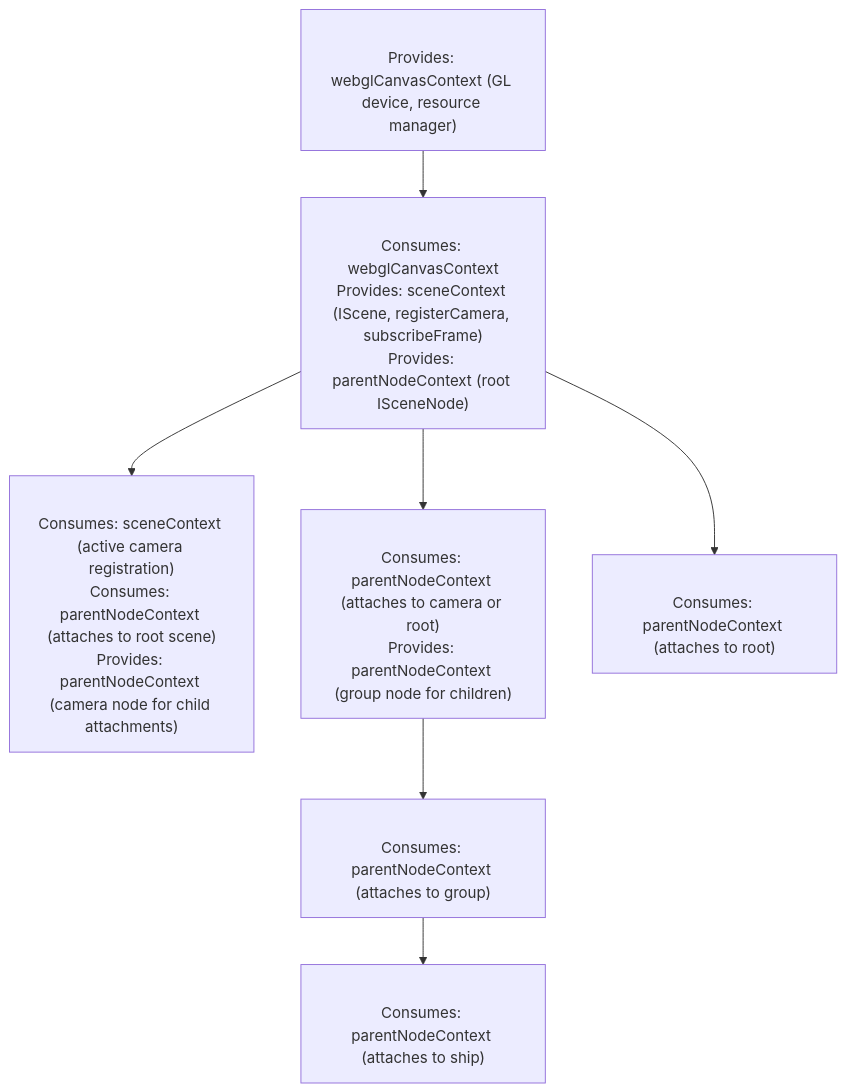
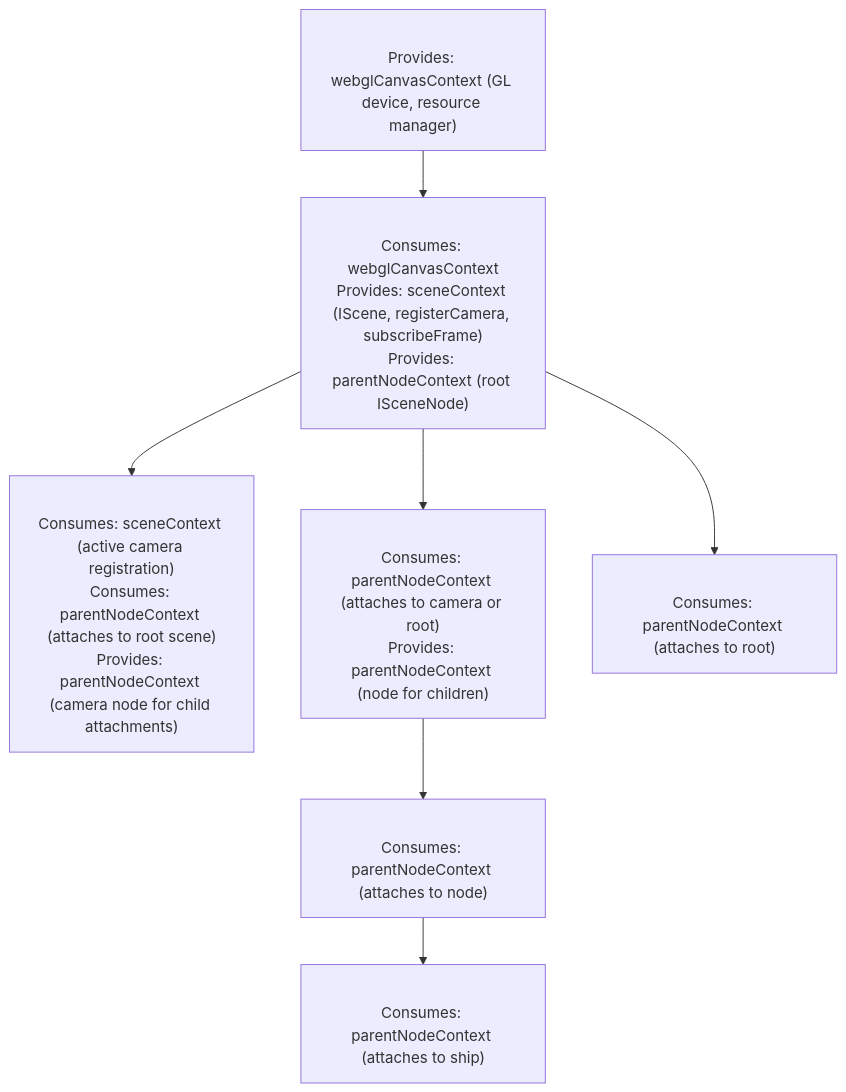
Before and after one commit to ReeseJones/website_reesedrjones: the diagram in src/scene/lit_scene_architecture_design.md, drawn with Mermaid. The commit also changed other lines of this file and 5 other files, not shown here.

Commit message:
feat(scene): add rj-node-3d custom element and parent-child hierarchy wiring

````diff
--- a/src/scene/lit_scene_architecture_design.md
+++ b/src/scene/lit_scene_architecture_design.md
@@ -21,17 +21,17 @@
 ```mermaid
 flowchart TD
     Canvas["<webgl-canvas>\nProvides: webglCanvasContext (GL device, resource manager)"]
     Scene["<rj-scene>\nConsumes: webglCanvasContext\nProvides: sceneContext (IScene, registerCamera, subscribeFrame)\nProvides: parentNodeContext (root ISceneNode)"]
     Camera["<rj-perspective-camera make-default>\nConsumes: sceneContext (active camera registration)\nConsumes: parentNodeContext (attaches to root scene)\nProvides: parentNodeContext (camera node for child attachments)"]
-    Group["<rj-scene-group>\nConsumes: parentNodeContext (attaches to camera or root)\nProvides: parentNodeContext (group node for children)"]
-    Model1["<rj-model-instance .geometry={shipGeo} .material={shipMat}>\nConsumes: parentNodeContext (attaches to group)"]
+    Group["<rj-node-3d>\nConsumes: parentNodeContext (attaches to camera or root)\nProvides: parentNodeContext (node for children)"]
+    Model1["<rj-model-instance .geometry={shipGeo} .material={shipMat}>\nConsumes: parentNodeContext (attaches to node)"]
     Model2["<rj-model-instance .geometry={galaxyGeo} .material={galaxyMat}>\nConsumes: parentNodeContext (attaches to root)"]
     NestedModel["<rj-model-instance .geometry={turretGeo} .material={turretMat}>\nConsumes: parentNodeContext (attaches to ship)"]
 
     Canvas --> Scene
     Scene --> Camera
     Scene --> Group
     Scene --> Model2
     Group --> Model1
     Model1 --> NestedModel
 ```
````
